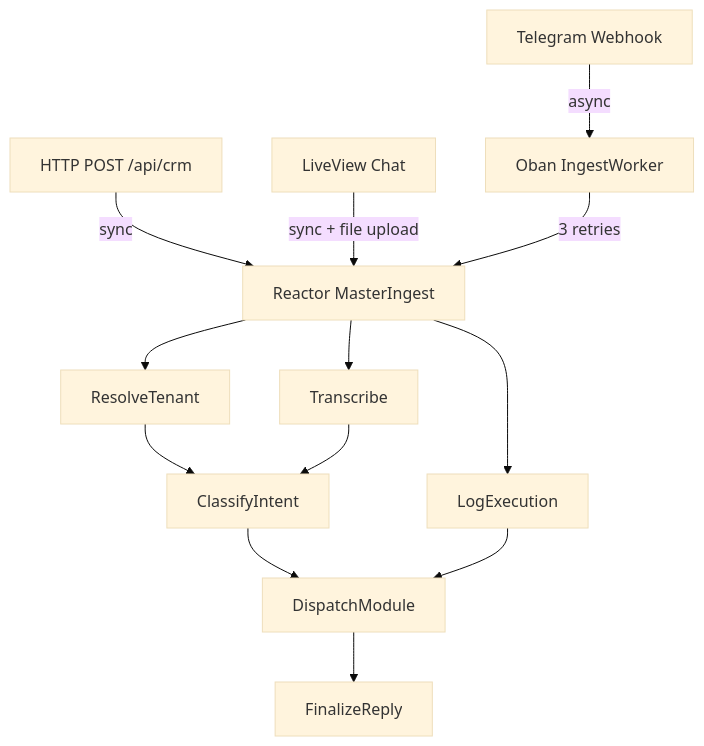
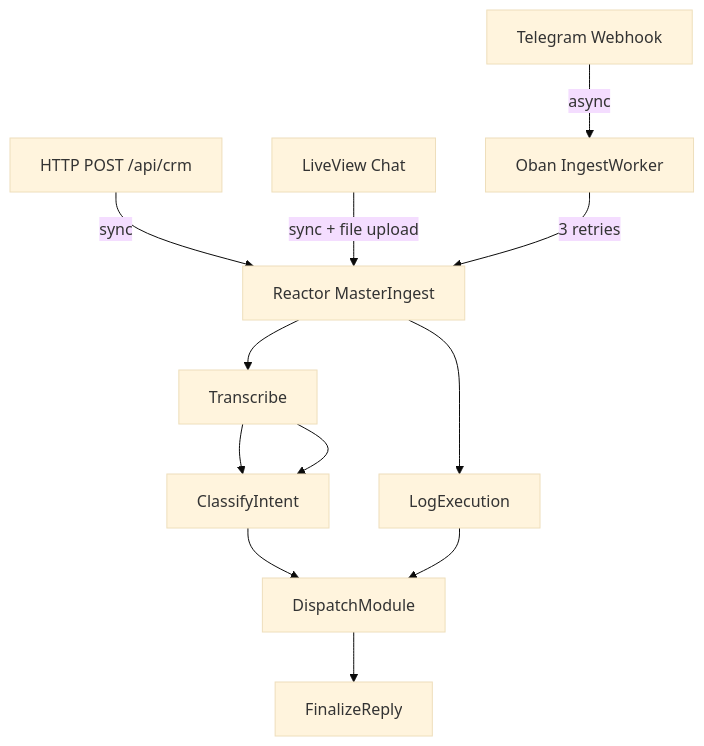
Before and after one commit to ndrean/reactor-crm_ex: the second of 11 diagrams in README.md, drawn with Mermaid (base theme). The commit also changed other lines of this file and 70 other files, not shown here.

````diff
--- a/README.md
+++ b/README.md
@@ -88,16 +88,15 @@
 ```mermaid
 graph TB
     A[HTTP POST /api/crm] -->|sync| R[Reactor MasterIngest]
     LV[LiveView Chat] -->|"sync + file upload"| R
     T[Telegram Webhook] -->|async| O[Oban IngestWorker]
     O -->|3 retries| R
 
-    R --> RT[ResolveTenant]
     R --> TR[Transcribe]
     R --> LE[LogExecution]
-    RT --> CI[ClassifyIntent]
+    TR --> CI[ClassifyIntent]
     TR --> CI
     CI --> DM[DispatchModule]
     LE --> DM
     DM --> FR[FinalizeReply]
 ```
````
